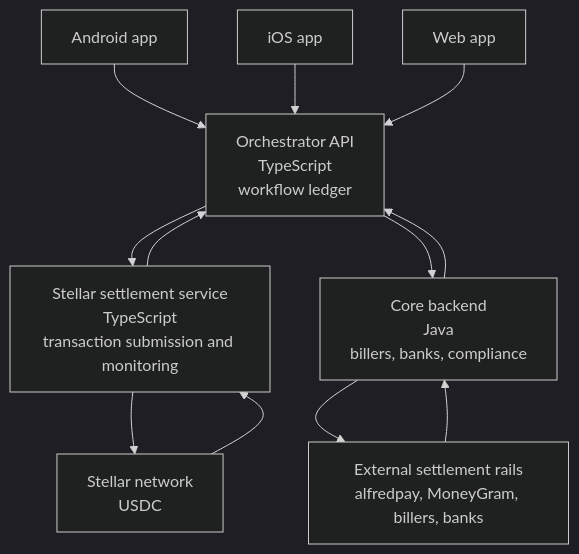
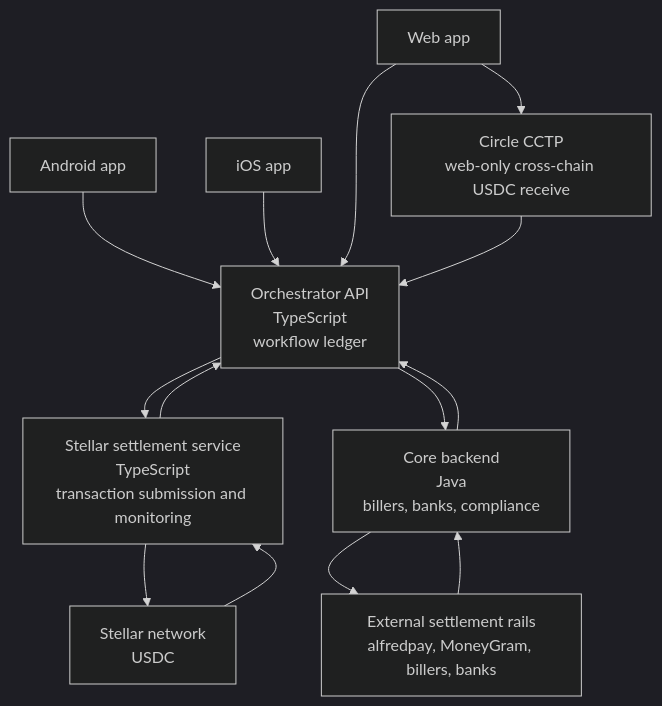
One commit to unfodl/saldo_architecture changed the diagram in diagrams/system-architecture.mmd. Above: the diagram before and after it, drawn with Mermaid (dark theme). The commit also changed 5 other files, not shown here.

Commit message:
Add Circle CCTP web wallet receive flow

```diff
--- a/diagrams/system-architecture.mmd
+++ b/diagrams/system-architecture.mmd
@@ -1,22 +1,25 @@
 flowchart TD
     android[Android app]
     ios[iOS app]
     web[Web app]
 
     orchestrator[Orchestrator API<br/>TypeScript<br/>workflow ledger]
     stellar[Stellar settlement service<br/>TypeScript<br/>transaction submission and monitoring]
     core[Core backend<br/>Java<br/>billers, banks, compliance]
     rails[External settlement rails<br/>alfredpay, MoneyGram, billers, banks]
+    cctp[Circle CCTP<br/>web-only cross-chain USDC receive]
     network[Stellar network<br/>USDC]
 
     android --> orchestrator
     ios --> orchestrator
     web --> orchestrator
+    web --> cctp
+    cctp --> orchestrator
     orchestrator --> stellar
     orchestrator --> core
     stellar --> network
     network --> stellar
     core --> rails
     rails --> core
     stellar --> orchestrator
     core --> orchestrator
```
